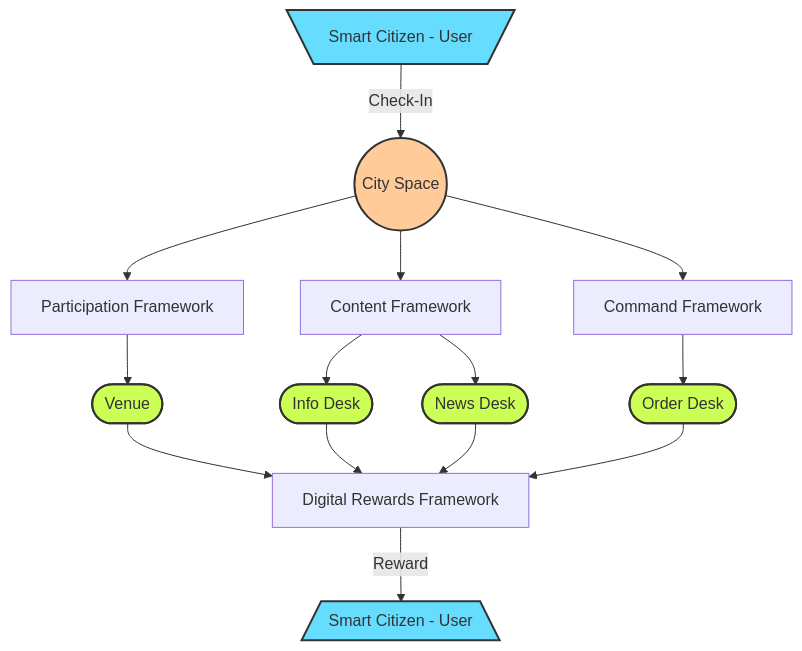
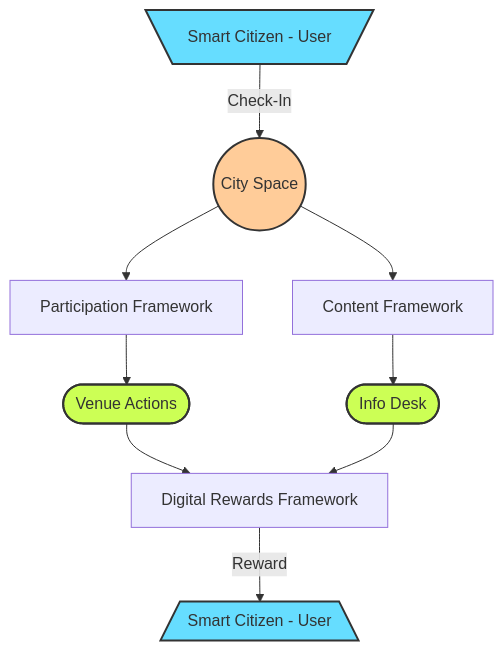
One commit to cityos-work/cityos-dev changed the diagram in pages/roadmap.md. Above: the diagram before and after it, drawn with Mermaid. The commit also changed other lines of this file, not shown here.

````diff
--- a/pages/roadmap.md
+++ b/pages/roadmap.md
@@ -64,23 +64,16 @@
 ```mermaid
 graph TB;
     USER[\Smart Citizen - User/]-- Check-In -->SPACE((City Space));
     SPACE-->PARTICIPATION[Participation Framework];
     SPACE-->CONTENT[Content Framework];
-    SPACE-->COMMAND[Command Framework];
-    PARTICIPATION-->VENUE([Venue]);
+    PARTICIPATION-->ACTIONS([Venue Actions]);
     CONTENT-->INFO([Info Desk]);
-    CONTENT-->NEWS([News Desk]);
-    COMMAND-->ORDER([Order Desk]);
-    VENUE-->REWARDFRAMEWORK[Digital Rewards Framework];
+    ACTIONS-->REWARDFRAMEWORK[Digital Rewards Framework];
     INFO-->REWARDFRAMEWORK;
-    NEWS-->REWARDFRAMEWORK;
-    ORDER-->REWARDFRAMEWORK;
     REWARDFRAMEWORK-- Reward -->REWARDEDUSER[/Smart Citizen - User\];
     style USER fill:#6df,stroke:#333,stroke-width:2px
     style REWARDEDUSER fill:#6df,stroke:#333,stroke-width:2px
     style SPACE fill:#fc9,stroke:#333,stroke-width:2px
-    style ORDER fill:#CF5, stroke:#333,stroke-width:2px
     style INFO fill:#CF5, stroke:#333,stroke-width:2px
-    style NEWS fill:#CF5, stroke:#333,stroke-width:2px
-    style VENUE fill:#CF5, stroke:#333,stroke-width:2px 
+    style ACTIONS fill:#CF5, stroke:#333,stroke-width:2px 
 ```
````
